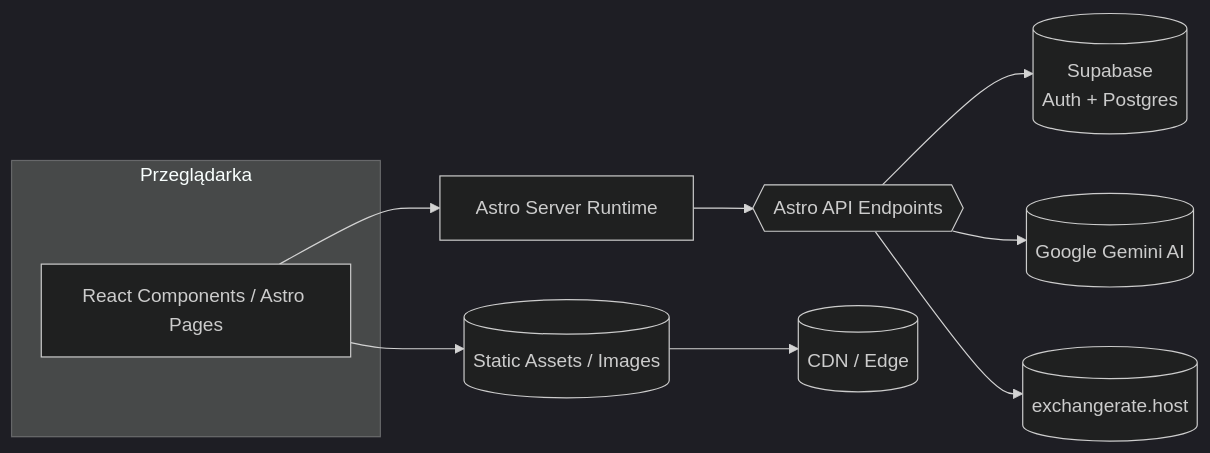
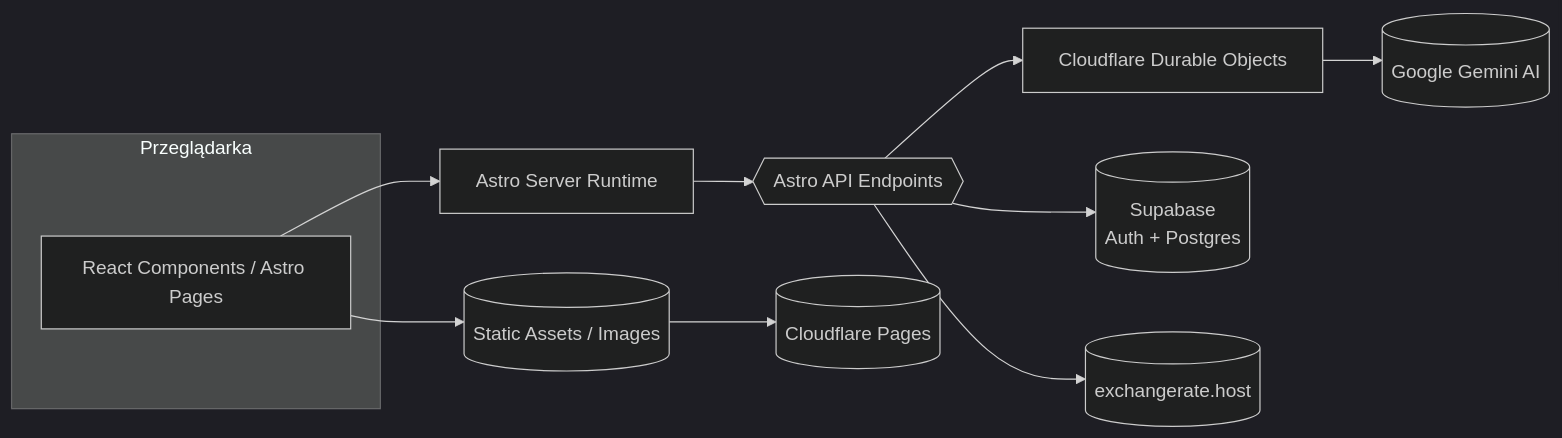
The first of 6 diagrams in docs/architecture.md (creatlyre/TripCrafti), drawn with Mermaid (dark theme) before and after one commit. The commit also changed other lines of this file and 9 other files, not shown here.

````diff
--- a/docs/architecture.md
+++ b/docs/architecture.md
@@ -6,13 +6,14 @@
 ```mermaid
 flowchart LR
   subgraph Client[Przeglądarka]
     UI[React Components / Astro Pages]
   end
   UI --> SSR[Astro Server Runtime]
   SSR --> API{{Astro API Endpoints}}
+  API --> DO[Cloudflare Durable Objects]
   API --> Supabase[(Supabase\nAuth + Postgres)]
-  API --> Gemini[(Google Gemini AI)]
+  DO --> Gemini[(Google Gemini AI)]
   API --> FX[(exchangerate.host)]
   UI --> Assets[(Static Assets / Images)]
-  Assets --> CDN[(CDN / Edge)]
+  Assets --> CDN[(Cloudflare Pages)]
 ```
````
